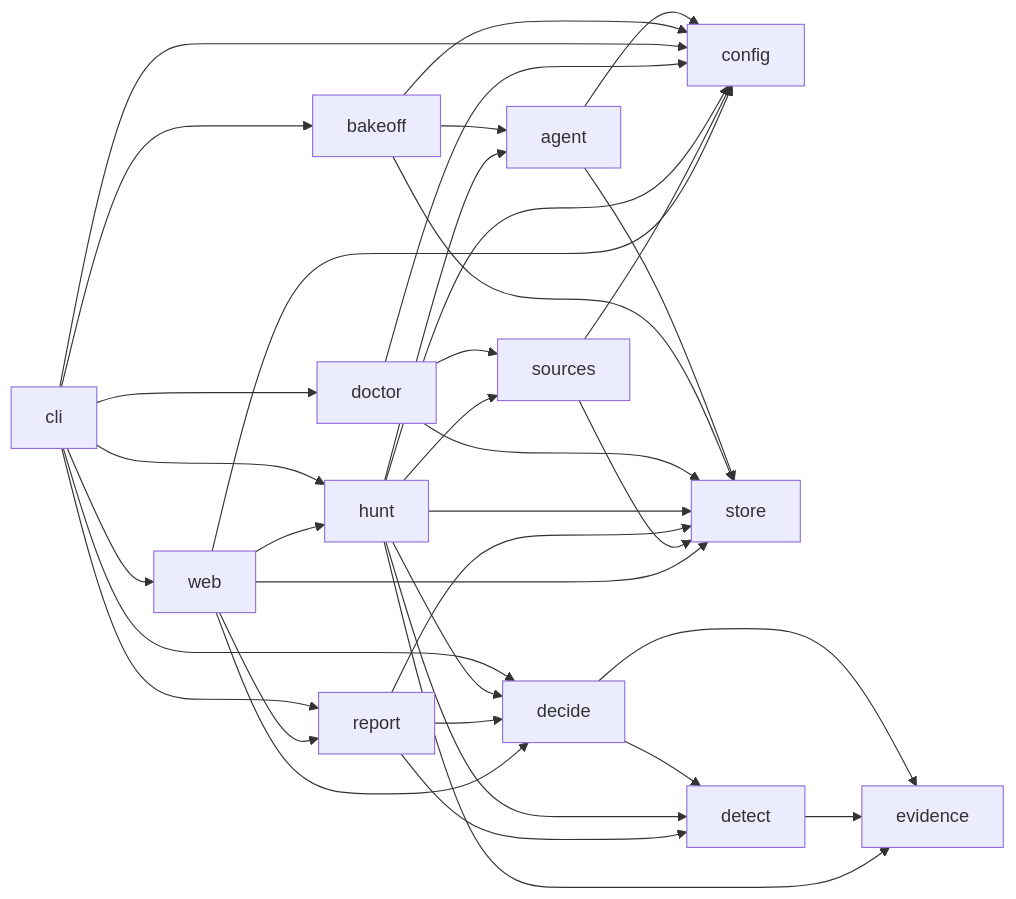
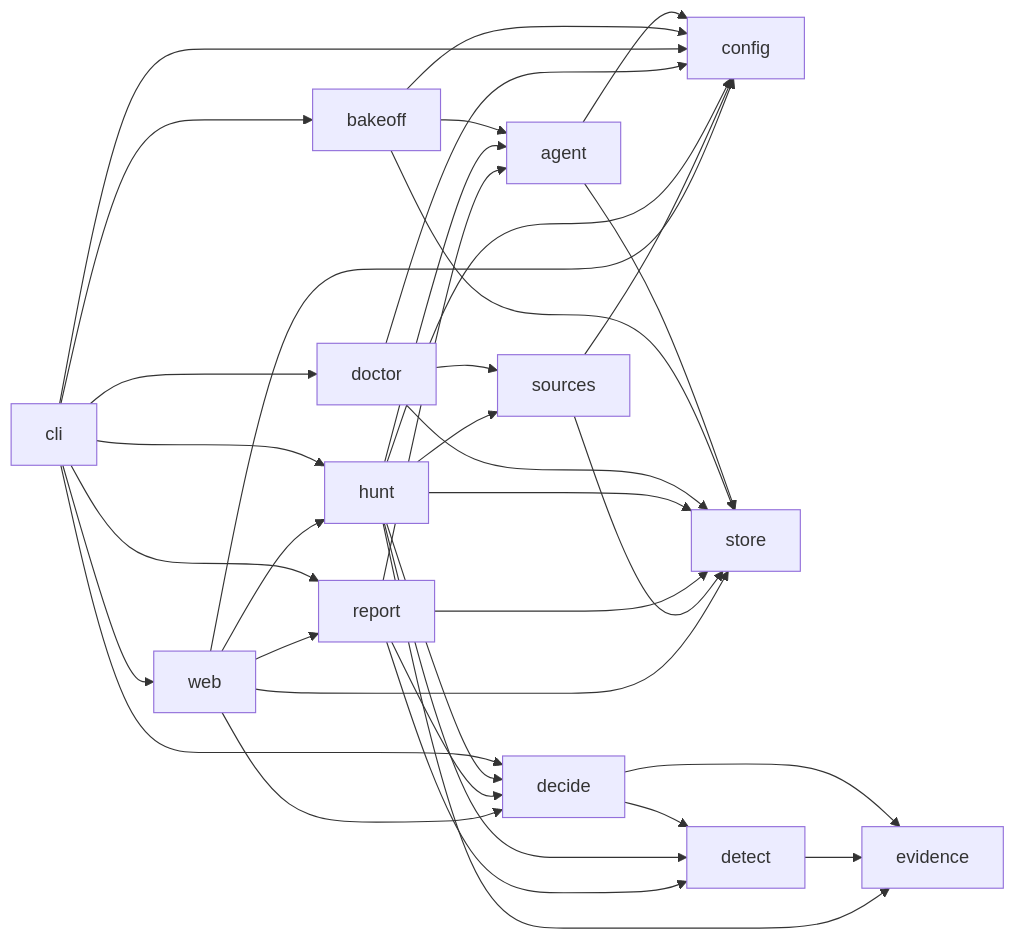
Before and after one commit to nickthabib-cloud/ROMULUS: the diagram in docs/architecture/MODULE_MAP.md, drawn with Mermaid. The commit also changed other lines of this file and 7 other files, not shown here.

````diff
--- a/docs/architecture/MODULE_MAP.md
+++ b/docs/architecture/MODULE_MAP.md
@@ -68,38 +68,39 @@
 ```mermaid
 graph LR
   agent --> config
   agent --> store
   bakeoff --> agent
   bakeoff --> config
   bakeoff --> store
   cli --> bakeoff
   cli --> config
   cli --> decide
   cli --> doctor
   cli --> hunt
   cli --> report
   cli --> web
   decide --> detect
   decide --> evidence
   detect --> evidence
   doctor --> config
   doctor --> sources
   doctor --> store
   hunt --> agent
   hunt --> config
   hunt --> decide
   hunt --> detect
   hunt --> evidence
   hunt --> sources
   hunt --> store
+  report --> agent
   report --> decide
   report --> detect
   report --> store
   sources --> config
   sources --> store
   web --> config
   web --> decide
   web --> hunt
   web --> report
   web --> store
 ```
````
